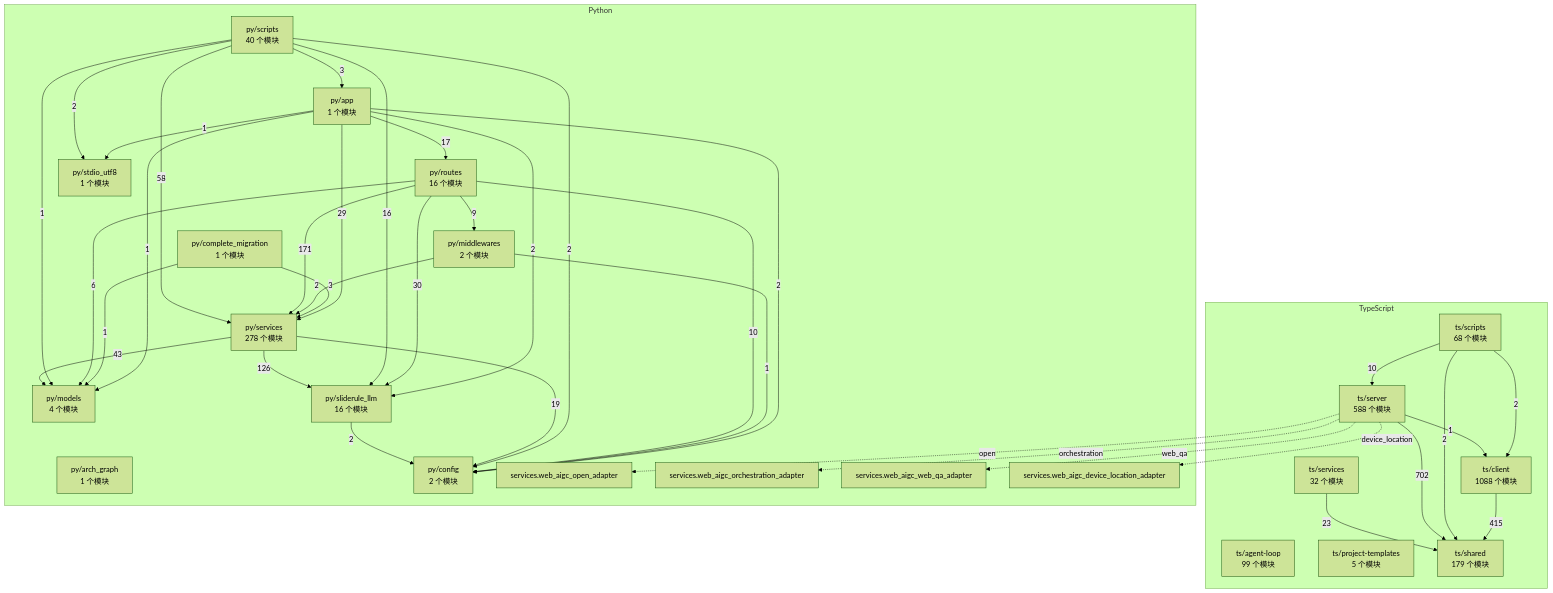
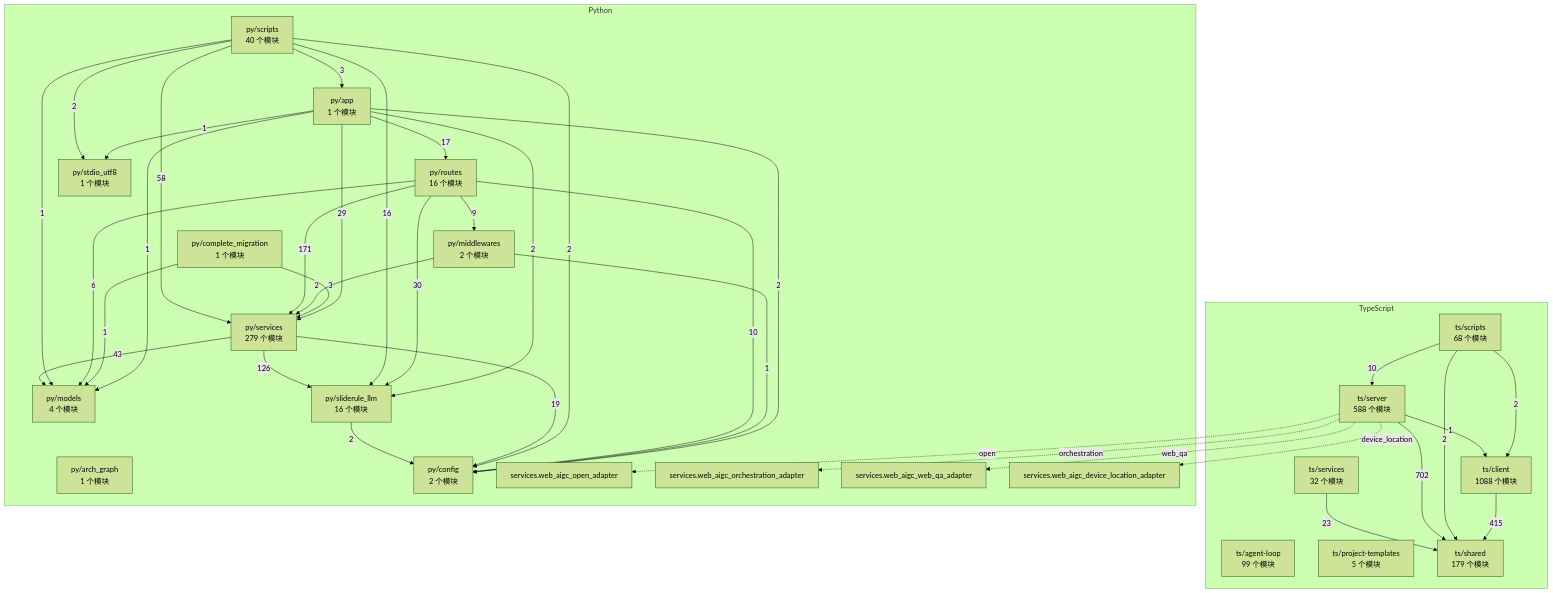
One commit to 2686521696/WhyBuddy changed the diagram in docs/WhyBuddy 全仓架构图（自动生成）.md. Above: the diagram before and after it, drawn with Mermaid (forest theme). The commit also changed 12 other files, not shown here.

````diff
--- a/docs/WhyBuddy 全仓架构图（自动生成）.md
+++ b/docs/WhyBuddy 全仓架构图（自动生成）.md
@@ -14,65 +14,65 @@
 ```mermaid
 flowchart TB
   subgraph ts [TypeScript]
     ts_agent_loop["ts/agent-loop<br/>99 个模块"]
     ts_client["ts/client<br/>1088 个模块"]
     ts_project_templates["ts/project-templates<br/>5 个模块"]
     ts_scripts["ts/scripts<br/>68 个模块"]
     ts_server["ts/server<br/>588 个模块"]
     ts_services["ts/services<br/>32 个模块"]
     ts_shared["ts/shared<br/>179 个模块"]
   end
   subgraph py [Python]
     py_app["py/app<br/>1 个模块"]
     py_arch_graph["py/arch_graph<br/>1 个模块"]
     py_complete_migration["py/complete_migration<br/>1 个模块"]
     py_config["py/config<br/>2 个模块"]
     py_middlewares["py/middlewares<br/>2 个模块"]
     py_models["py/models<br/>4 个模块"]
     py_routes["py/routes<br/>16 个模块"]
     py_scripts["py/scripts<br/>40 个模块"]
-    py_services["py/services<br/>278 个模块"]
+    py_services["py/services<br/>279 个模块"]
     py_sliderule_llm["py/sliderule_llm<br/>16 个模块"]
     py_stdio_utf8["py/stdio_utf8<br/>1 个模块"]
     py_services_web_aigc_open_adapter["services.web_aigc_open_adapter"]
     py_services_web_aigc_orchestration_adapter["services.web_aigc_orchestration_adapter"]
     py_services_web_aigc_web_qa_adapter["services.web_aigc_web_qa_adapter"]
     py_services_web_aigc_device_location_adapter["services.web_aigc_device_location_adapter"]
   end
   ts_client -->|415| ts_shared
   ts_scripts -->|2| ts_client
   ts_scripts -->|10| ts_server
   ts_scripts -->|2| ts_shared
   ts_server -->|1| ts_client
   ts_server -->|702| ts_shared
   ts_services -->|23| ts_shared
   py_app -->|2| py_config
   py_app -->|1| py_models
   py_app -->|17| py_routes
   py_app -->|29| py_services
   py_app -->|2| py_sliderule_llm
   py_app -->|1| py_stdio_utf8
   py_complete_migration -->|1| py_models
   py_complete_migration -->|3| py_services
   py_middlewares -->|1| py_config
   py_middlewares -->|2| py_services
   py_routes -->|10| py_config
   py_routes -->|9| py_middlewares
   py_routes -->|6| py_models
   py_routes -->|171| py_services
   py_routes -->|30| py_sliderule_llm
   py_scripts -->|3| py_app
   py_scripts -->|2| py_config
   py_scripts -->|1| py_models
   py_scripts -->|58| py_services
   py_scripts -->|16| py_sliderule_llm
   py_scripts -->|2| py_stdio_utf8
   py_services -->|19| py_config
   py_services -->|43| py_models
   py_services -->|126| py_sliderule_llm
   py_sliderule_llm -->|2| py_config
   ts_server -.->|open| py_services_web_aigc_open_adapter
   ts_server -.->|orchestration| py_services_web_aigc_orchestration_adapter
   ts_server -.->|web_qa| py_services_web_aigc_web_qa_adapter
   ts_server -.->|device_location| py_services_web_aigc_device_location_adapter
 ```
````
